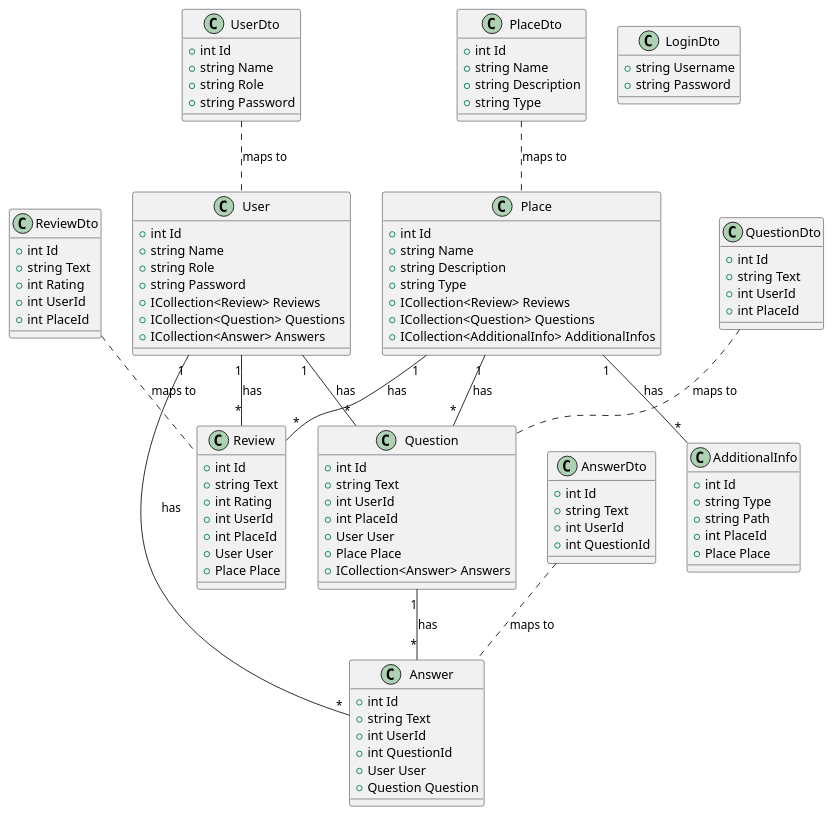
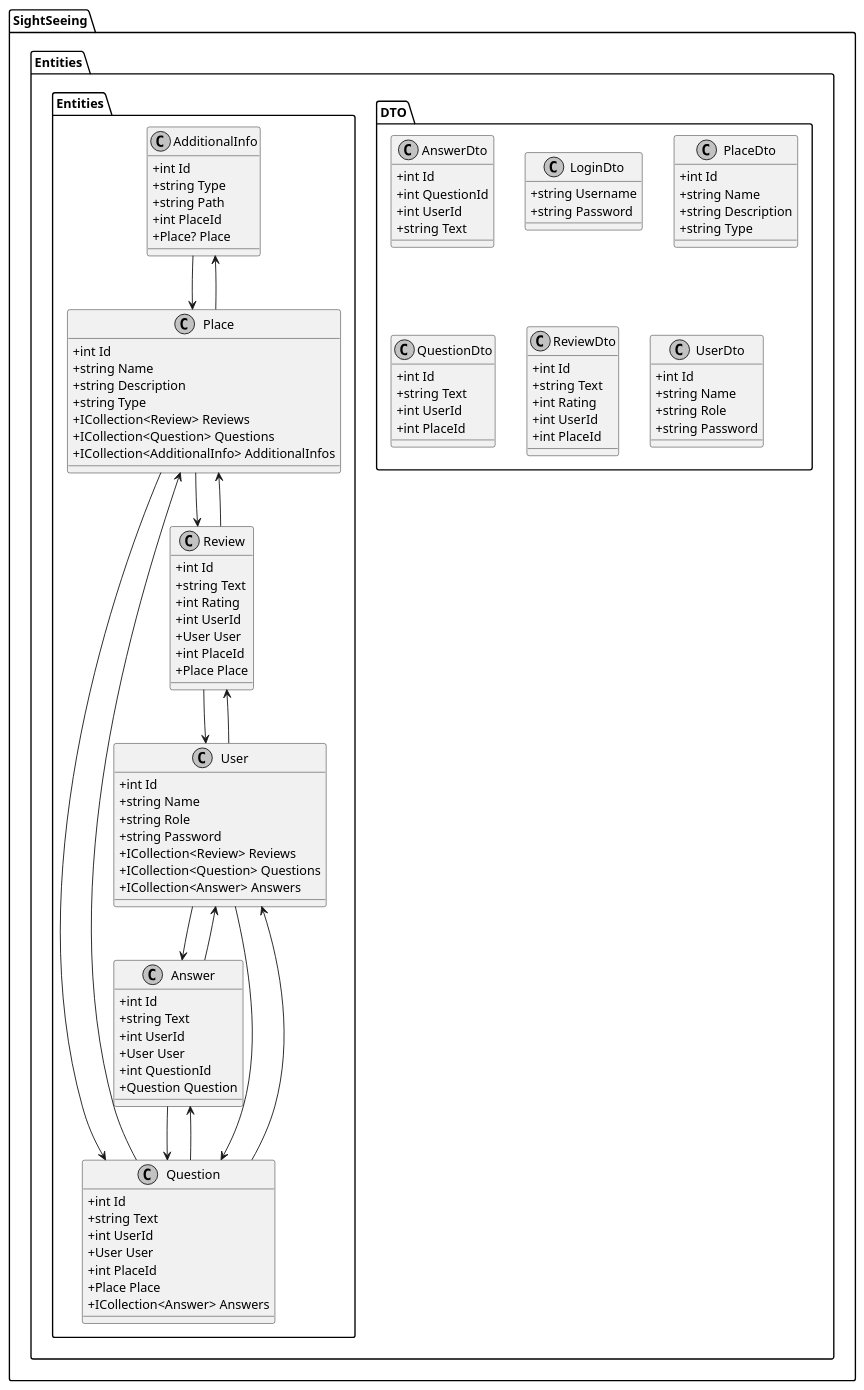
Before and after one commit to Vadz-Danil/Lab4Appz: the diagram in Sightseeing.WEB/Diagram Entities.puml, drawn with PlantUML. The commit also changed 6 other files, not shown here.

Commit message:
Add UML Diagrams

```diff
--- a/Sightseeing.WEB/Diagram Entities.puml
+++ b/Sightseeing.WEB/Diagram Entities.puml
@@ -1,113 +1,126 @@
-@startuml Entities
-class User {
-    +int Id
-    +string Name
-    +string Role
-    +string Password
-    +ICollection<Review> Reviews
-    +ICollection<Question> Questions
-    +ICollection<Answer> Answers
+@startuml
+
+skinparam monochrome true
+skinparam classAttributeIconSize 0
+
+package "SightSeeing.Entities" {
+  package "DTO" {
+    class AnswerDto {
+      +int Id
+      +int QuestionId
+      +int UserId
+      +string Text
+    }
+
+    class LoginDto {
+      +string Username
+      +string Password
+    }
+
+    class PlaceDto {
+      +int Id
+      +string Name
+      +string Description
+      +string Type
+    }
+
+    class QuestionDto {
+      +int Id
+      +string Text
+      +int UserId
+      +int PlaceId
+    }
+
+    class ReviewDto {
+      +int Id
+      +string Text
+      +int Rating
+      +int UserId
+      +int PlaceId
+    }
+
+    class UserDto {
+      +int Id
+      +string Name
+      +string Role
+      +string Password
+    }
+  }
+
+  package "Entities" {
+    class AdditionalInfo {
+      +int Id
+      +string Type
+      +string Path
+      +int PlaceId
+      +Place? Place
+    }
+
+    class Answer {
+      +int Id
+      +string Text
+      +int UserId
+      +User User
+      +int QuestionId
+      +Question Question
+    }
+
+    class Place {
+      +int Id
+      +string Name
+      +string Description
+      +string Type
+      +ICollection<Review> Reviews
+      +ICollection<Question> Questions
+      +ICollection<AdditionalInfo> AdditionalInfos
+    }
+
+    class Question {
+      +int Id
+      +string Text
+      +int UserId
+      +User User
+      +int PlaceId
+      +Place Place
+      +ICollection<Answer> Answers
+    }
+
+    class Review {
+      +int Id
+      +string Text
+      +int Rating
+      +int UserId
+      +User User
+      +int PlaceId
+      +Place Place
+    }
+
+    class User {
+      +int Id
+      +string Name
+      +string Role
+      +string Password
+      +ICollection<Review> Reviews
+      +ICollection<Question> Questions
+      +ICollection<Answer> Answers
+    }
+  }
 }
 
-class Place {
-    +int Id
-    +string Name
-    +string Description
-    +string Type
-    +ICollection<Review> Reviews
-    +ICollection<Question> Questions
-    +ICollection<AdditionalInfo> AdditionalInfos
-}
+' Relationships
+AdditionalInfo --> Place
+Answer --> User
+Answer --> Question
+Place --> Review
+Place --> Question
+Place --> AdditionalInfo
+Question --> User
+Question --> Place
+Question --> Answer
+Review --> User
+Review --> Place
+User --> Review
+User --> Question
+User --> Answer
 
-class Review {
-    +int Id
-    +string Text
-    +int Rating
-    +int UserId
-    +int PlaceId
-    +User User
-    +Place Place
-}
-
-class Question {
-    +int Id
-    +string Text
-    +int UserId
-    +int PlaceId
-    +User User
-    +Place Place
-    +ICollection<Answer> Answers
-}
-
-class Answer {
-    +int Id
-    +string Text
-    +int UserId
-    +int QuestionId
-    +User User
-    +Question Question
-}
-
-class AdditionalInfo {
-    +int Id
-    +string Type
-    +string Path
-    +int PlaceId
-    +Place Place
-}
-
-class UserDto {
-    +int Id
-    +string Name
-    +string Role
-    +string Password
-}
-
-class PlaceDto {
-    +int Id
-    +string Name
-    +string Description
-    +string Type
-}
-
-class ReviewDto {
-    +int Id
-    +string Text
-    +int Rating
-    +int UserId
-    +int PlaceId
-}
-
-class QuestionDto {
-    +int Id
-    +string Text
-    +int UserId
-    +int PlaceId
-}
-
-class AnswerDto {
-    +int Id
-    +string Text
-    +int UserId
-    +int QuestionId
-}
-
-class LoginDto {
-    +string Username
-    +string Password
-}
-
-User "1" -- "*" Review : has
-User "1" -- "*" Question : has
-User "1" -- "*" Answer : has
-Place "1" -- "*" Review : has
-Place "1" -- "*" Question : has
-Place "1" -- "*" AdditionalInfo : has
-Question "1" -- "*" Answer : has
-
-UserDto .. User : maps to
-PlaceDto .. Place : maps to
-ReviewDto .. Review : maps to
-QuestionDto .. Question : maps to
-AnswerDto .. Answer : maps to
 @enduml
```
